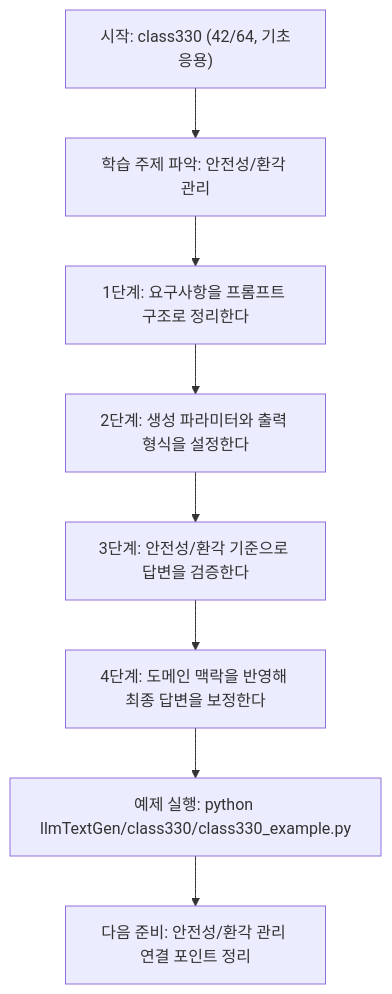
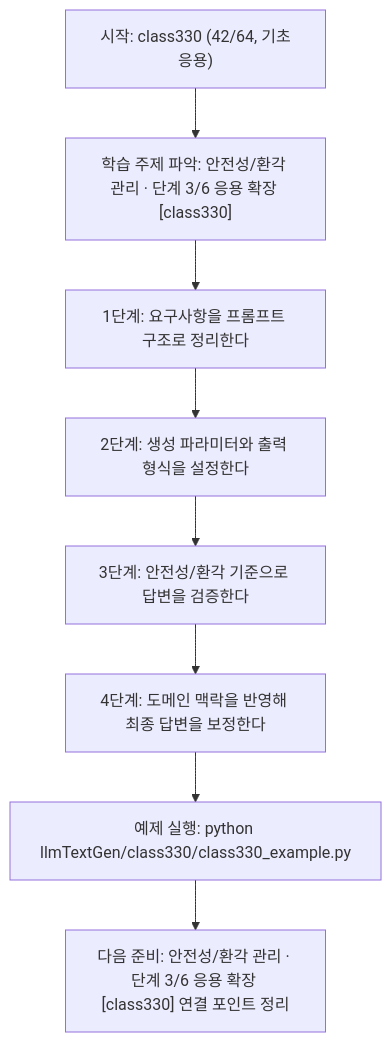
Before and after one commit to edumgt/Python-AI_Agent-Class: the diagram in llmTextGen/class330/class330.md, drawn with Mermaid. The commit also changed other lines of this file and 522 other files, not shown here.

````diff
--- a/llmTextGen/class330/class330.md
+++ b/llmTextGen/class330/class330.md
@@ -113,18 +114,18 @@
 ```mermaid
 flowchart TD
 N1["시작: class330 (42/64, 기초응용)"]
-N2["학습 주제 파악: 안전성/환각 관리"]
+N2["학습 주제 파악: 안전성/환각 관리 · 단계 3/6 응용 확장 [class330]"]
 N3["1단계: 요구사항을 프롬프트 구조로 정리한다"]
 N4["2단계: 생성 파라미터와 출력 형식을 설정한다"]
 N5["3단계: 안전성/환각 기준으로 답변을 검증한다"]
 N6["4단계: 도메인 맥락을 반영해 최종 답변을 보정한다"]
 N7["예제 실행: python llmTextGen/class330/class330_example.py"]
-N8["다음 준비: 안전성/환각 관리 연결 포인트 정리"]
+N8["다음 준비: 안전성/환각 관리 · 단계 3/6 응용 확장 [class330] 연결 포인트 정리"]
 N1 --> N2
 N2 --> N3
 N3 --> N4
 N4 --> N5
 N5 --> N6
 N6 --> N7
 N7 --> N8
 ```
````
